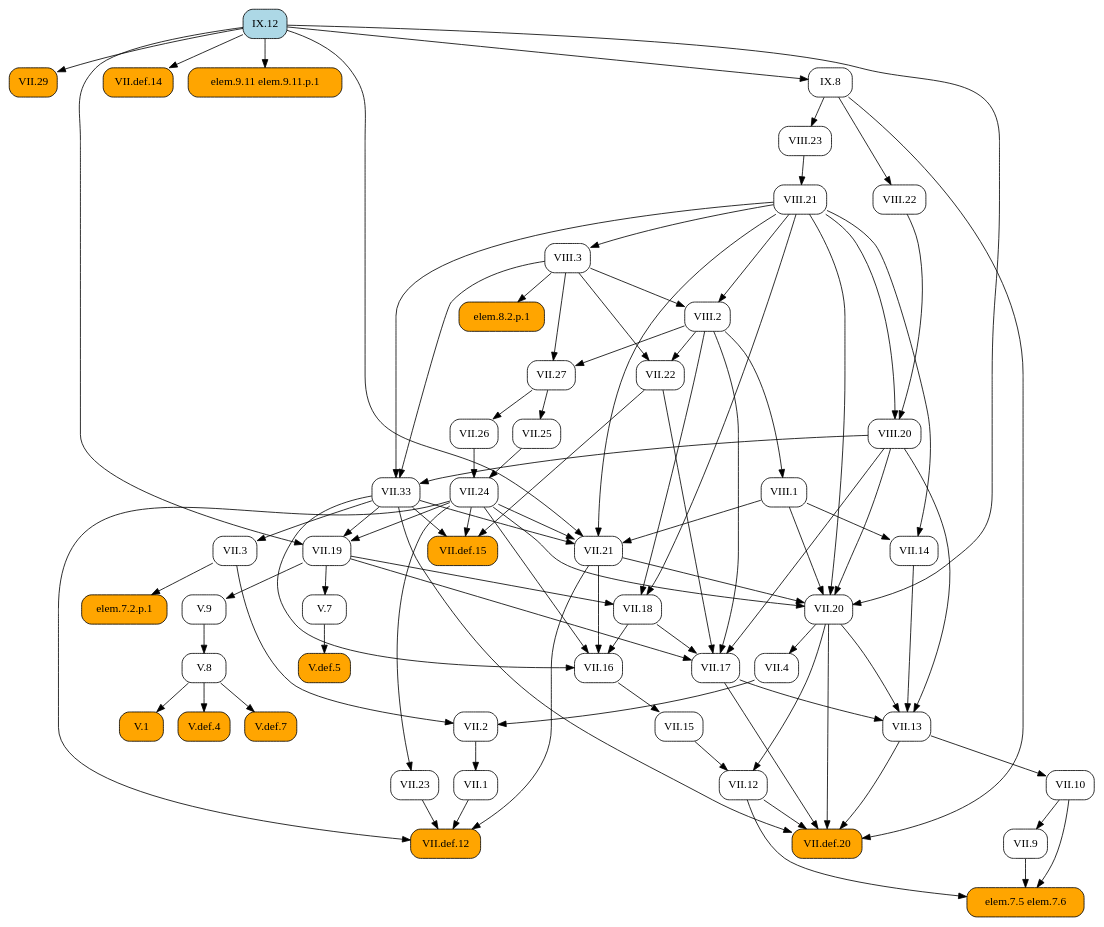
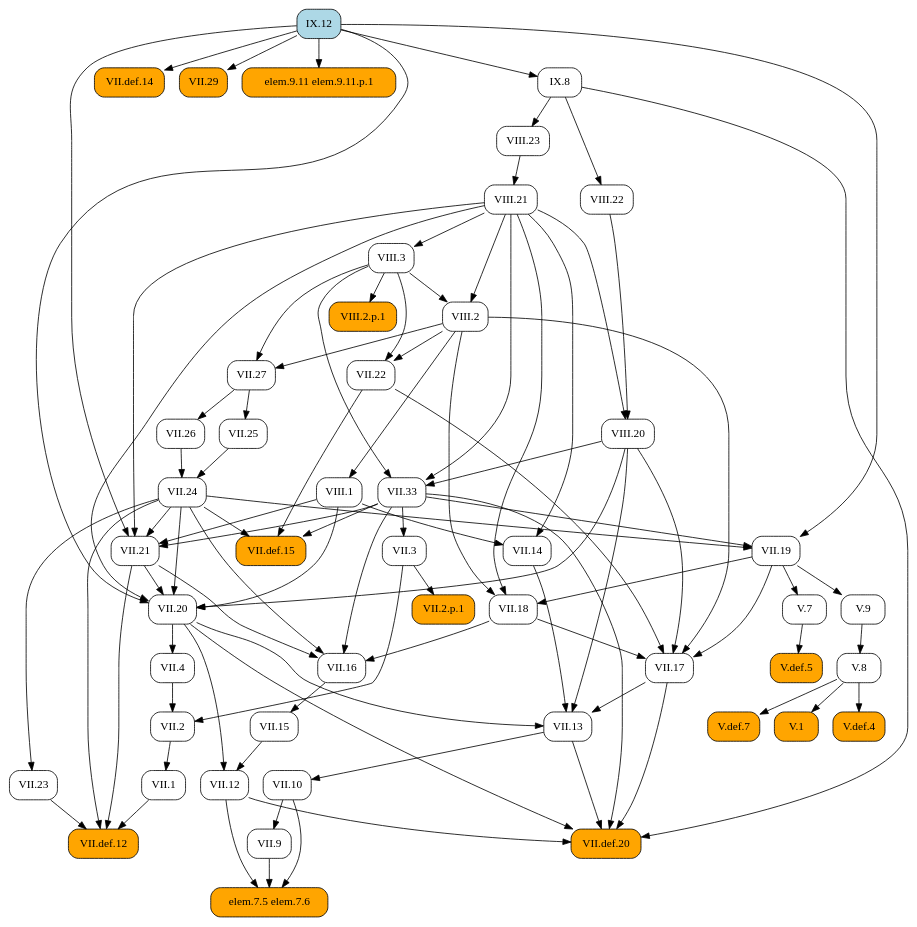
The diagram in docsrc/heath/IX/12/index.rst (geometor/elements), drawn with Graphviz before and after one commit. The commit also changed 484 other files, not shown here.

```diff
--- a/docsrc/heath/IX/12/index.rst
+++ b/docsrc/heath/IX/12/index.rst
@@ -72,104 +72,69 @@
    digraph {
      rankdir="TB";
      node [shape=box, style=rounded];
-     "VII.1" [URL="/heath/VII/1/", target="_top"];
+     "IX.8" [URL="/heath/IX/8/", target="_top"];
+     "VII.def.14" [style="rounded,filled", fillcolor=orange, URL="/heath/VII/def.14/", target="_top"];
+     "VII.12" [URL="/heath/VII/12/", target="_top"];
+     "elem.7.5 elem.7.6" [style="rounded,filled", fillcolor=orange];
+     "VIII.20" [URL="/heath/VIII/20/", target="_top"];
+     "VII.33" [URL="/heath/VII/33/", target="_top"];
      "VII.9" [URL="/heath/VII/9/", target="_top"];
-     "V.def.5" [style="rounded,filled", fillcolor=orange, URL="/heath/V/def.5/", target="_top"];
-     "VII.29" [style="rounded,filled", fillcolor=orange, URL="/heath/VII/29/", target="_top"];
-     "VIII.23" [URL="/heath/VIII/23/", target="_top"];
      "IX.12" [style="rounded,filled", fillcolor=lightblue, URL="/heath/IX/12/", target="_top"];
-     "VII.17" [URL="/heath/VII/17/", target="_top"];
-     "VII.3" [URL="/heath/VII/3/", target="_top"];
-     "elem.7.5 elem.7.6" [style="rounded,filled", fillcolor=orange];
-     "VIII.21" [URL="/heath/VIII/21/", target="_top"];
-     "V.7" [URL="/heath/V/7/", target="_top"];
-     "V.9" [URL="/heath/V/9/", target="_top"];
-     "VII.13" [URL="/heath/VII/13/", target="_top"];
-     "VII.2" [URL="/heath/VII/2/", target="_top"];
-     "VIII.1" [URL="/heath/VIII/1/", target="_top"];
      "VIII.2" [URL="/heath/VIII/2/", target="_top"];
-     "VII.12" [URL="/heath/VII/12/", target="_top"];
-     "IX.8" [URL="/heath/IX/8/", target="_top"];
-     "VII.24" [URL="/heath/VII/24/", target="_top"];
-     "VII.def.14" [style="rounded,filled", fillcolor=orange, URL="/heath/VII/def.14/", target="_top"];
-     "VII.def.12" [style="rounded,filled", fillcolor=orange, URL="/heath/VII/def.12/", target="_top"];
-     "V.8" [URL="/heath/V/8/", target="_top"];
-     "VII.33" [URL="/heath/VII/33/", target="_top"];
-     "VIII.22" [URL="/heath/VIII/22/", target="_top"];
-     "elem.7.2.p.1" [style="rounded,filled", fillcolor=orange];
-     "elem.9.11 elem.9.11.p.1" [style="rounded,filled", fillcolor=orange];
-     "VII.10" [URL="/heath/VII/10/", target="_top"];
-     "VII.def.15" [style="rounded,filled", fillcolor=orange, URL="/heath/VII/def.15/", target="_top"];
-     "VII.19" [URL="/heath/VII/19/", target="_top"];
      "VII.18" [URL="/heath/VII/18/", target="_top"];
      "VII.16" [URL="/heath/VII/16/", target="_top"];
+     "V.7" [URL="/heath/V/7/", target="_top"];
      "VII.26" [URL="/heath/VII/26/", target="_top"];
-     "VII.4" [URL="/heath/VII/4/", target="_top"];
-     "VII.25" [URL="/heath/VII/25/", target="_top"];
-     "VII.21" [URL="/heath/VII/21/", target="_top"];
-     "V.1" [style="rounded,filled", fillcolor=orange, URL="/heath/V/1/", target="_top"];
-     "VII.20" [URL="/heath/VII/20/", target="_top"];
+     "V.def.5" [style="rounded,filled", fillcolor=orange, URL="/heath/V/def.5/", target="_top"];
+     "V.9" [URL="/heath/V/9/", target="_top"];
+     "VII.10" [URL="/heath/VII/10/", target="_top"];
+     "VIII.3" [URL="/heath/VIII/3/", target="_top"];
+     "VII.13" [URL="/heath/VII/13/", target="_top"];
+     "VIII.23" [URL="/heath/VIII/23/", target="_top"];
+     "VII.29" [style="rounded,filled", fillcolor=orange, URL="/heath/VII/29/", target="_top"];
+     "elem.9.11 elem.9.11.p.1" [style="rounded,filled", fillcolor=orange];
+     "VII.def.15" [style="rounded,filled", fillcolor=orange, URL="/heath/VII/def.15/", target="_top"];
+     "VII.17" [URL="/heath/VII/17/", target="_top"];
+     "VII.19" [URL="/heath/VII/19/", target="_top"];
+     "VIII.2.p.1" [style="rounded,filled", fillcolor=orange];
+     "VII.2" [URL="/heath/VII/2/", target="_top"];
+     "VII.def.20" [style="rounded,filled", fillcolor=orange, URL="/heath/VII/def.20/", target="_top"];
+     "VII.2.p.1" [style="rounded,filled", fillcolor=orange];
+     "VII.15" [URL="/heath/VII/15/", target="_top"];
+     "V.def.4" [style="rounded,filled", fillcolor=orange, URL="/heath/V/def.4/", target="_top"];
+     "VIII.22" [URL="/heath/VIII/22/", target="_top"];
+     "V.def.7" [style="rounded,filled", fillcolor=orange, URL="/heath/V/def.7/", target="_top"];
+     "VIII.21" [URL="/heath/VIII/21/", target="_top"];
      "VII.14" [URL="/heath/VII/14/", target="_top"];
      "VII.27" [URL="/heath/VII/27/", target="_top"];
-     "VIII.3" [URL="/heath/VIII/3/", target="_top"];
-     "V.def.4" [style="rounded,filled", fillcolor=orange, URL="/heath/V/def.4/", target="_top"];
+     "VII.21" [URL="/heath/VII/21/", target="_top"];
+     "VII.1" [URL="/heath/VII/1/", target="_top"];
      "VII.22" [URL="/heath/VII/22/", target="_top"];
-     "VIII.20" [URL="/heath/VIII/20/", target="_top"];
-     "V.def.7" [style="rounded,filled", fillcolor=orange, URL="/heath/V/def.7/", target="_top"];
+     "VIII.1" [URL="/heath/VIII/1/", target="_top"];
+     "VII.25" [URL="/heath/VII/25/", target="_top"];
+     "V.8" [URL="/heath/V/8/", target="_top"];
      "VII.23" [URL="/heath/VII/23/", target="_top"];
-     "VII.15" [URL="/heath/VII/15/", target="_top"];
-     "VII.def.20" [style="rounded,filled", fillcolor=orange, URL="/heath/VII/def.20/", target="_top"];
-     "elem.8.2.p.1" [style="rounded,filled", fillcolor=orange];
-     "VII.2" -> "VII.1";
-     "VII.10" -> "VII.9";
-     "V.7" -> "V.def.5";
-     "IX.12" -> "VII.29";
-     "IX.8" -> "VIII.23";
-     "VII.18" -> "VII.17";
-     "VII.19" -> "VII.17";
-     "VII.22" -> "VII.17";
-     "VIII.2" -> "VII.17";
-     "VIII.20" -> "VII.17";
-     "VII.33" -> "VII.3";
+     "VII.4" [URL="/heath/VII/4/", target="_top"];
+     "VII.def.12" [style="rounded,filled", fillcolor=orange, URL="/heath/VII/def.12/", target="_top"];
+     "V.1" [style="rounded,filled", fillcolor=orange, URL="/heath/V/1/", target="_top"];
+     "VII.3" [URL="/heath/VII/3/", target="_top"];
+     "VII.24" [URL="/heath/VII/24/", target="_top"];
+     "VII.20" [URL="/heath/VII/20/", target="_top"];
+     "IX.12" -> "IX.8";
+     "IX.12" -> "VII.def.14";
+     "VII.15" -> "VII.12";
+     "VII.20" -> "VII.12";
      "VII.9" -> "elem.7.5 elem.7.6";
      "VII.10" -> "elem.7.5 elem.7.6";
      "VII.12" -> "elem.7.5 elem.7.6";
-     "VIII.23" -> "VIII.21";
-     "VII.19" -> "V.7";
-     "VII.19" -> "V.9";
-     "VII.14" -> "VII.13";
-     "VII.17" -> "VII.13";
-     "VII.20" -> "VII.13";
-     "VIII.20" -> "VII.13";
-     "VII.3" -> "VII.2";
-     "VII.4" -> "VII.2";
-     "VIII.2" -> "VIII.1";
-     "VIII.3" -> "VIII.2";
-     "VIII.21" -> "VIII.2";
-     "VII.15" -> "VII.12";
-     "VII.20" -> "VII.12";
-     "IX.12" -> "IX.8";
-     "VII.25" -> "VII.24";
-     "VII.26" -> "VII.24";
-     "IX.12" -> "VII.def.14";
-     "VII.1" -> "VII.def.12";
-     "VII.21" -> "VII.def.12";
-     "VII.23" -> "VII.def.12";
-     "VII.24" -> "VII.def.12";
-     "V.9" -> "V.8";
+     "VIII.21" -> "VIII.20";
+     "VIII.22" -> "VIII.20";
      "VIII.3" -> "VII.33";
      "VIII.20" -> "VII.33";
      "VIII.21" -> "VII.33";
-     "IX.8" -> "VIII.22";
-     "VII.3" -> "elem.7.2.p.1";
-     "IX.12" -> "elem.9.11 elem.9.11.p.1";
-     "VII.13" -> "VII.10";
-     "VII.22" -> "VII.def.15";
-     "VII.24" -> "VII.def.15";
-     "VII.33" -> "VII.def.15";
-     "VII.24" -> "VII.19";
-     "VII.33" -> "VII.19";
-     "IX.12" -> "VII.19";
+     "VII.10" -> "VII.9";
+     "VIII.3" -> "VIII.2";
+     "VIII.21" -> "VIII.2";
      "VII.19" -> "VII.18";
      "VIII.2" -> "VII.18";
      "VIII.21" -> "VII.18";
@@ -177,39 +142,74 @@
      "VII.21" -> "VII.16";
      "VII.24" -> "VII.16";
      "VII.33" -> "VII.16";
+     "VII.19" -> "V.7";
      "VII.27" -> "VII.26";
-     "VII.20" -> "VII.4";
-     "VII.27" -> "VII.25";
+     "V.7" -> "V.def.5";
+     "VII.19" -> "V.9";
+     "VII.13" -> "VII.10";
+     "VIII.21" -> "VIII.3";
+     "VII.14" -> "VII.13";
+     "VII.17" -> "VII.13";
+     "VII.20" -> "VII.13";
+     "VIII.20" -> "VII.13";
+     "IX.8" -> "VIII.23";
+     "IX.12" -> "VII.29";
+     "IX.12" -> "elem.9.11 elem.9.11.p.1";
+     "VII.22" -> "VII.def.15";
+     "VII.24" -> "VII.def.15";
+     "VII.33" -> "VII.def.15";
+     "VII.18" -> "VII.17";
+     "VII.19" -> "VII.17";
+     "VII.22" -> "VII.17";
+     "VIII.2" -> "VII.17";
+     "VIII.20" -> "VII.17";
+     "VII.24" -> "VII.19";
+     "VII.33" -> "VII.19";
+     "IX.12" -> "VII.19";
+     "VIII.3" -> "VIII.2.p.1";
+     "VII.3" -> "VII.2";
+     "VII.4" -> "VII.2";
+     "VII.12" -> "VII.def.20";
+     "VII.13" -> "VII.def.20";
+     "VII.17" -> "VII.def.20";
+     "VII.20" -> "VII.def.20";
+     "VII.33" -> "VII.def.20";
+     "IX.8" -> "VII.def.20";
+     "VII.3" -> "VII.2.p.1";
+     "VII.16" -> "VII.15";
+     "V.8" -> "V.def.4";
+     "IX.8" -> "VIII.22";
+     "V.8" -> "V.def.7";
+     "VIII.23" -> "VIII.21";
+     "VIII.1" -> "VII.14";
+     "VIII.21" -> "VII.14";
+     "VIII.2" -> "VII.27";
+     "VIII.3" -> "VII.27";
      "VII.24" -> "VII.21";
      "VII.33" -> "VII.21";
      "VIII.1" -> "VII.21";
      "VIII.21" -> "VII.21";
      "IX.12" -> "VII.21";
+     "VII.2" -> "VII.1";
+     "VIII.2" -> "VII.22";
+     "VIII.3" -> "VII.22";
+     "VIII.2" -> "VIII.1";
+     "VII.27" -> "VII.25";
+     "V.9" -> "V.8";
+     "VII.24" -> "VII.23";
+     "VII.20" -> "VII.4";
+     "VII.1" -> "VII.def.12";
+     "VII.21" -> "VII.def.12";
+     "VII.23" -> "VII.def.12";
+     "VII.24" -> "VII.def.12";
      "V.8" -> "V.1";
+     "VII.33" -> "VII.3";
+     "VII.25" -> "VII.24";
+     "VII.26" -> "VII.24";
      "VII.21" -> "VII.20";
      "VII.24" -> "VII.20";
      "VIII.1" -> "VII.20";
      "VIII.20" -> "VII.20";
      "VIII.21" -> "VII.20";
      "IX.12" -> "VII.20";
-     "VIII.1" -> "VII.14";
-     "VIII.21" -> "VII.14";
-     "VIII.2" -> "VII.27";
-     "VIII.3" -> "VII.27";
-     "VIII.21" -> "VIII.3";
-     "V.8" -> "V.def.4";
-     "VIII.2" -> "VII.22";
-     "VIII.3" -> "VII.22";
-     "VIII.21" -> "VIII.20";
-     "VIII.22" -> "VIII.20";
-     "V.8" -> "V.def.7";
-     "VII.24" -> "VII.23";
-     "VII.16" -> "VII.15";
-     "VII.12" -> "VII.def.20";
-     "VII.13" -> "VII.def.20";
-     "VII.17" -> "VII.def.20";
-     "VII.20" -> "VII.def.20";
-     "VII.33" -> "VII.def.20";
-     "IX.8" -> "VII.def.20";
-     "VIII.3" -> "elem.8.2.p.1";
    }
```
